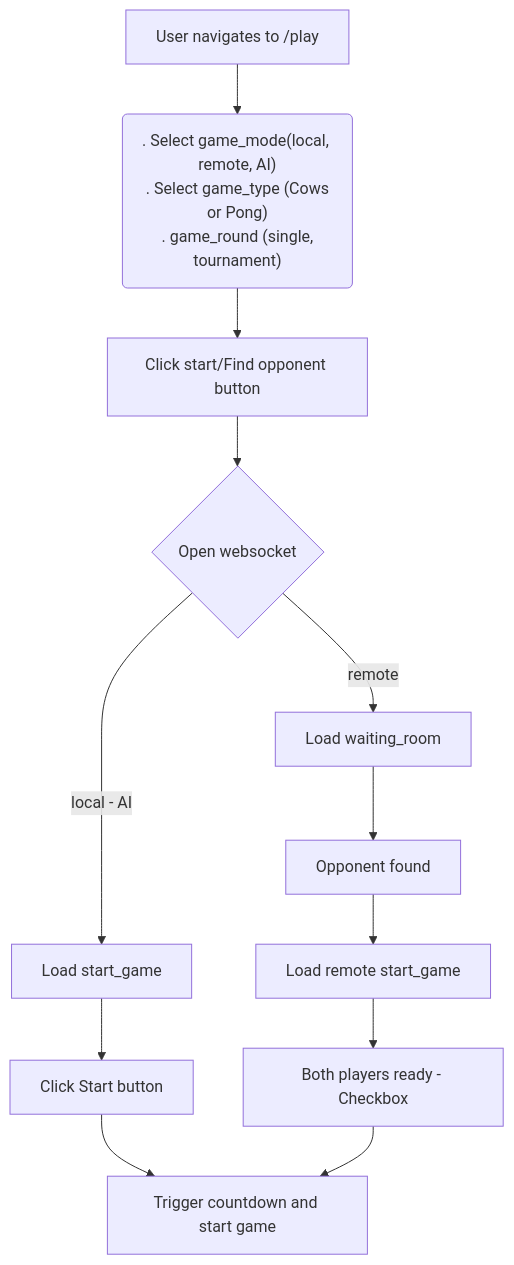
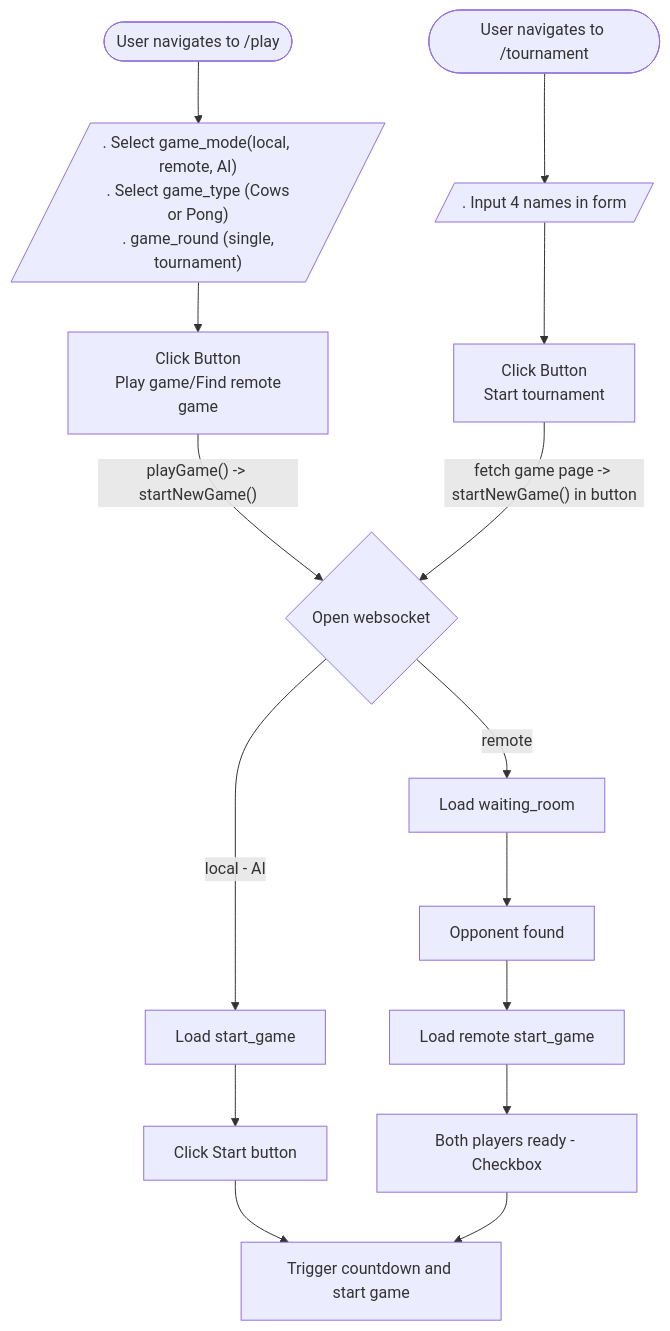
Before and after one commit to Panesico/ft_transcendence: the diagram in docs/play_game.md, drawn with Mermaid. The commit also changed 20 other files, not shown here.

Commit message:
Streamlined local and remote game with sockets. Tournaments BROKEN

````diff
--- a/docs/play_game.md
+++ b/docs/play_game.md
@@ -1,24 +1,28 @@
 ```mermaid
 
 
 flowchart TD
-  A[User navigates to /play] --> B(". Select game_mode(local, remote, AI)<br> . Select game_type (Cows or Pong)<br> . game_round (single, tournament)")
+  A([User navigates to /play]) --> B[/". Select game_mode(local, remote, AI)<br> . Select game_type (Cows or Pong)<br> . game_round (single, tournament)"/]
 
-  B --> E[Click start/Find opponent button]
+  B --> E[Click Button<br> Play game/Find remote game]
   
 
-  E --> F{Open websocket}
+  E -->|"playGame() -> startNewGame()"| F{Open websocket}
   
   F -->|local - AI| G[Load start_game]
   F -->|remote| H[Load waiting_room ]
   
   H --> I[Opponent found] --> J[Load remote start_game ]
 
   G --> K[Click Start button]
   J --> L[Both players ready - Checkbox]
 
   K --> M[Trigger countdown and start game]
   L --> M
 
 
+  P([User navigates to /tournament]) --> Q[/". Input 4 names in form"/]
+  Q --> R[Click Button<br> Start tournament]
+  R -->|"fetch game page -> startNewGame() in button"| F
+
 ```
````
